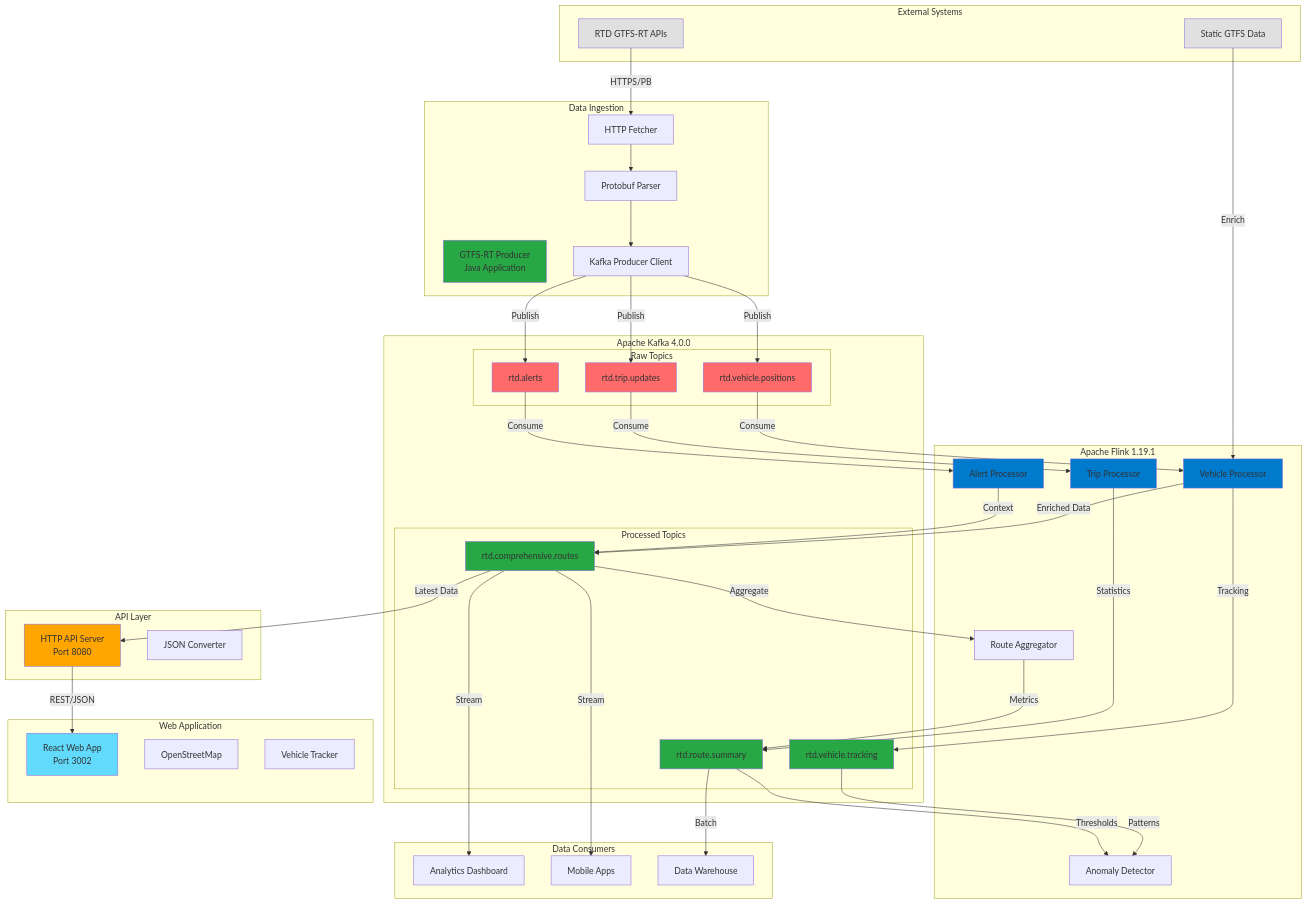
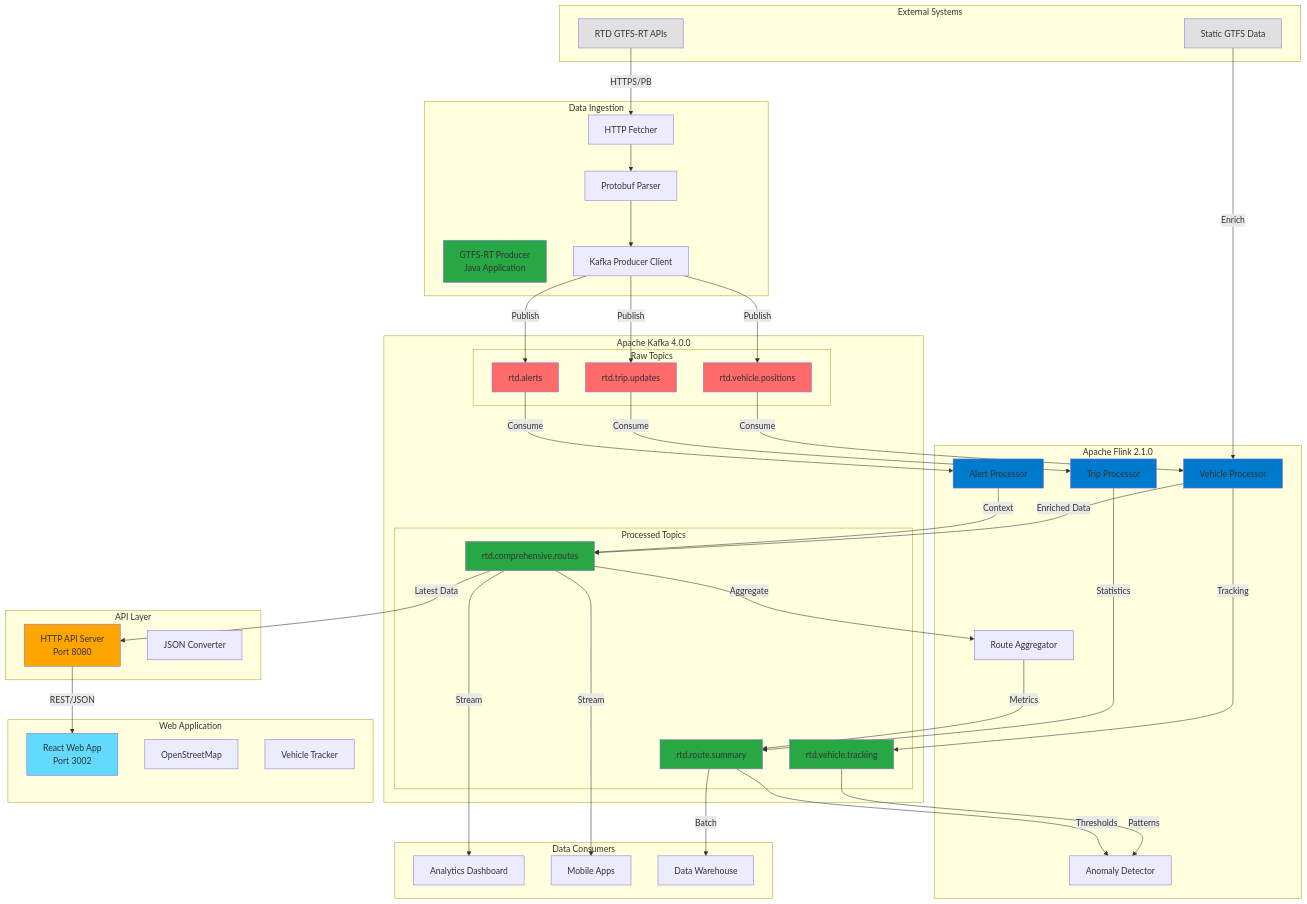
The first of 5 diagrams in architecture/RTD_ARCHITECTURE.md (jfeehanRTD/rtd-gtfs-pipeline), drawn with Mermaid before and after one commit. The commit also changed other lines of this file and 1 other file, not shown here.

Commit message:
docs: update documentation to reflect Flink 2.1.0 as active version
- Update CLAUDE.md to remove outdated Flink 1.19.1 compatibility warnings
- Reflect current Flink 2.1.0 usage with migration highlights
- Update RTD_ARCHITECTURE.md diagrams and ADR to reference Flink 2.1.0
- All dependencies verified compatible with Flink 2.1.0

🤖 Generated with [Claude Code](https://claude.ai/code)

```diff
--- a/architecture/RTD_ARCHITECTURE.md
+++ b/architecture/RTD_ARCHITECTURE.md
@@ -34,7 +34,7 @@
         end
     end
     
-    subgraph "Apache Flink 1.19.1"
+    subgraph "Apache Flink 2.1.0"
         VPR[Vehicle Processor]
         TPR[Trip Processor]
         APR[Alert Processor]
```
